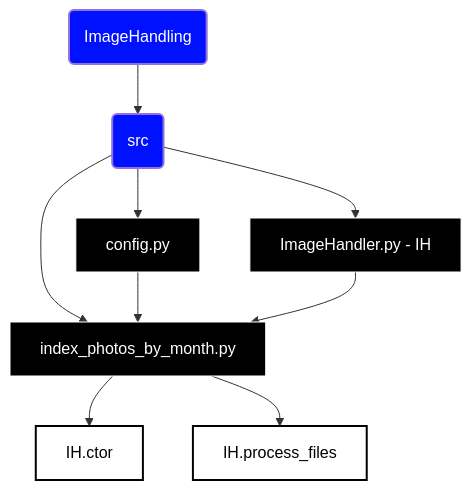
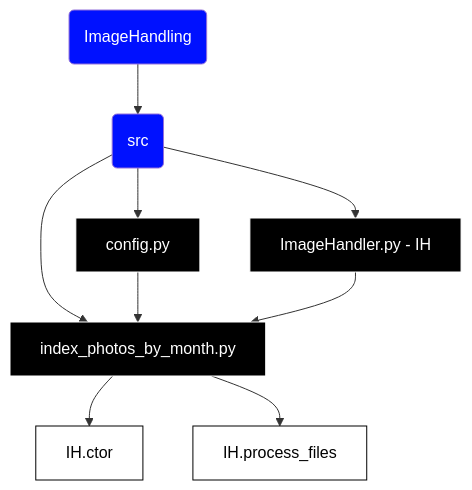
The diagram in ImageHandling/docs/photo_indexer.md (aadennis/PythonSandboxAA), drawn with Mermaid before and after one commit.

Commit message:
finer border lines

````diff
--- a/ImageHandling/docs/photo_indexer.md
+++ b/ImageHandling/docs/photo_indexer.md
@@ -6,27 +6,27 @@
 ```mermaid
 %% conventions: folders-F-blue, modules-M-black,methods-m-white
 graph TD
 %% Classes
-    classDef blueFill fill:#01f,stroke:#white,stroke-width:2px,color:#FFFFFF;
+    classDef blueFill fill:#01f,stroke:#white,stroke-width:1px,color:#FFFFFF;
     classDef blackFill fill:#000000,stroke:#FFFFFF,stroke-width:1px,color:#FFFFFF;
-    classDef whiteFill fill:#FFFFFF,stroke:#000000,stroke-width:2px,color:#000000;
+    classDef whiteFill fill:#FFFFFF,stroke:#000000,stroke-width:1px,color:#000000;
 
 %% Nodes
     F1(ImageHandling):::blueFill
     F2(src):::blueFill
     M1[index_photos_by_month.py]:::blackFill
     M2[config.py]:::blackFill
     M3[ImageHandler.py - IH]:::blackFill
     m1[IH.ctor]:::whiteFill
     m2[IH.process_files]:::whiteFill
 %% Node connections
     F1 --> F2
     F2 --> M1
     F2 --> M2
     F2 --> M3
     M2 --> M1
     M3 --> M1
     M1 --> m1
     M1 --> m2 
     
 ```
````
